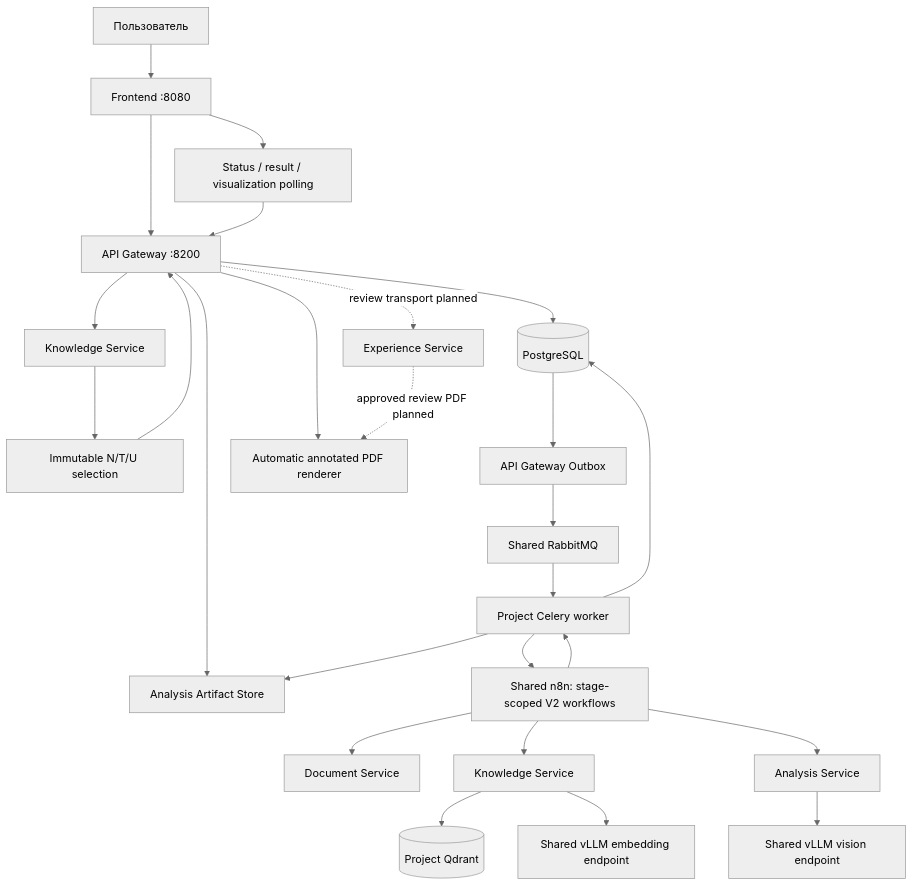
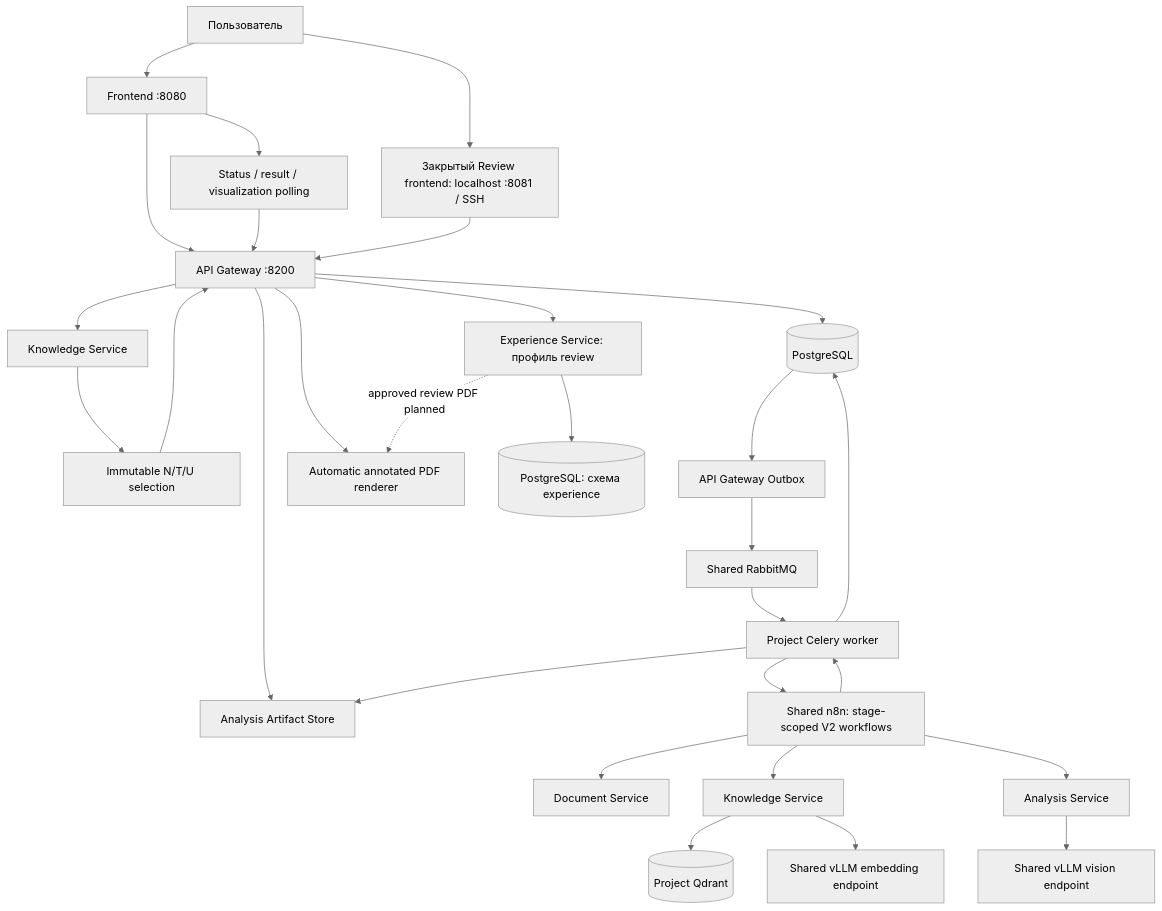
One commit to Amadu-A/PDRD-validation changed the first of 15 diagrams in README.md. Above: the diagram before and after it, drawn with Mermaid (neutral theme). The commit also changed other lines of this file and 70 other files, not shown here.

Commit message:
feat: persist human review through Experience API

````diff
--- a/README.md
+++ b/README.md
@@ -136,28 +136,31 @@
 ```mermaid
 flowchart TD
     U["Пользователь"] --> FE["Frontend :8080"]
     FE --> GW["API Gateway :8200"]
     GW --> FS["Analysis Artifact Store"]
     GW --> KS["Knowledge Service"]
     KS --> RESOLVE["Immutable N/T/U selection"]
     RESOLVE --> GW
     GW --> PG[("PostgreSQL")]
     PG --> O["API Gateway Outbox"]
     O --> RMQ["Shared RabbitMQ"]
     RMQ --> W["Project Celery worker"]
     W --> N8N["Shared n8n: stage-scoped V2 workflows"]
     N8N --> DS["Document Service"]
     N8N --> KS2["Knowledge Service"]
     N8N --> AS["Analysis Service"]
     KS2 --> QD[("Project Qdrant")]
     KS2 --> EMB["Shared vLLM embedding endpoint"]
     AS --> VLM["Shared vLLM vision endpoint"]
     N8N --> W
     W --> PG
     W --> FS
     FE --> POLL["Status / result / visualization polling"]
     POLL --> GW
     GW --> DS2["Automatic annotated PDF renderer"]
-    GW -. "review transport planned" .-> EXP["Experience Service"]
+    U --> RF["Закрытый Review frontend: localhost :8081 / SSH"]
+    RF --> GW
+    GW --> EXP["Experience Service: профиль review"]
+    EXP --> RP[("PostgreSQL: схема experience")]
     EXP -. "approved review PDF planned" .-> DS2
 ```
````
